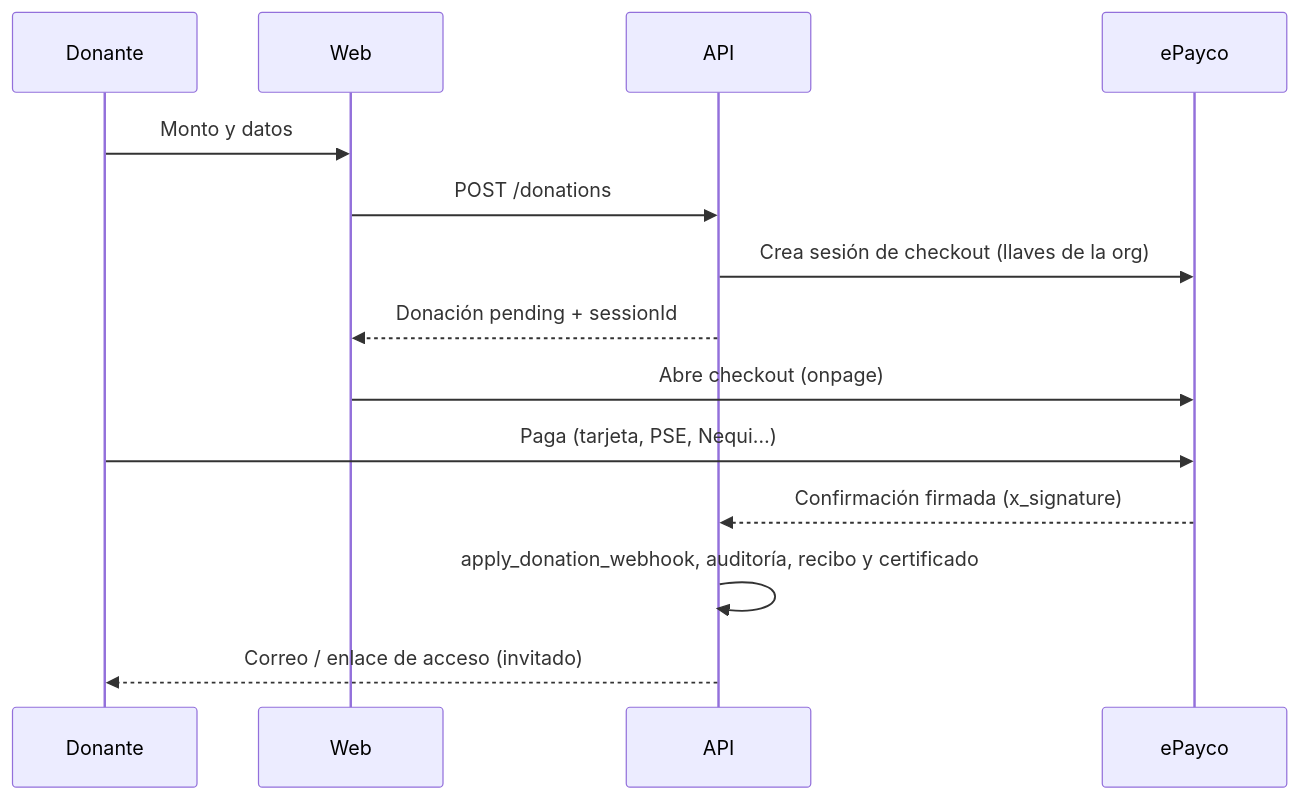
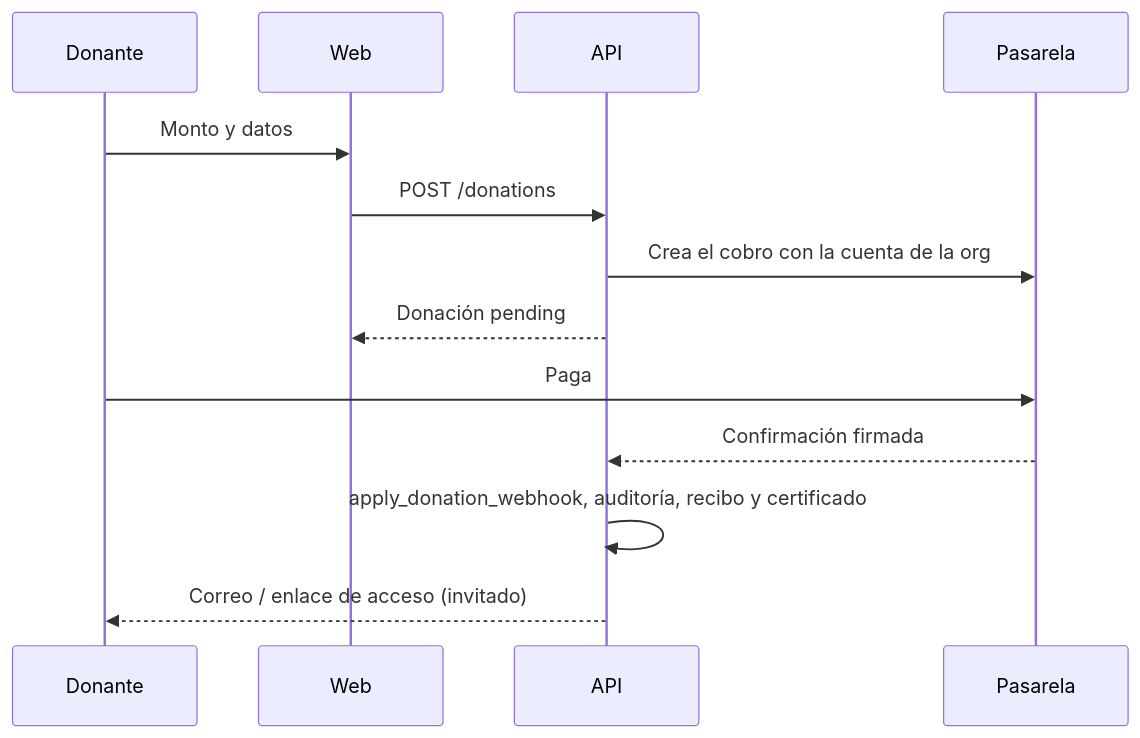
One commit to AGamez10/AdoptaFacil changed the third of 3 diagrams in docs/ARQUITECTURA.md. Above: the diagram before and after it, drawn with Mermaid. The commit also changed other lines of this file and 81 other files, not shown here.

````diff
--- a/docs/ARQUITECTURA.md
+++ b/docs/ARQUITECTURA.md
@@ -188,16 +190,15 @@
 ```mermaid
 sequenceDiagram
   participant U as Donante
   participant W as Web
   participant A as API
-  participant M as ePayco
+  participant M as Pasarela
   U->>W: Monto y datos
   W->>A: POST /donations
-  A->>M: Crea sesión de checkout (llaves de la org)
-  A-->>W: Donación pending + sessionId
-  W->>M: Abre checkout (onpage)
-  U->>M: Paga (tarjeta, PSE, Nequi…)
-  M-->>A: Confirmación firmada (x_signature)
+  A->>M: Crea el cobro con la cuenta de la org
+  A-->>W: Donación pending
+  U->>M: Paga
+  M-->>A: Confirmación firmada
   A->>A: apply_donation_webhook, auditoría, recibo y certificado
   A-->>U: Correo / enlace de acceso (invitado)
 ```
````
